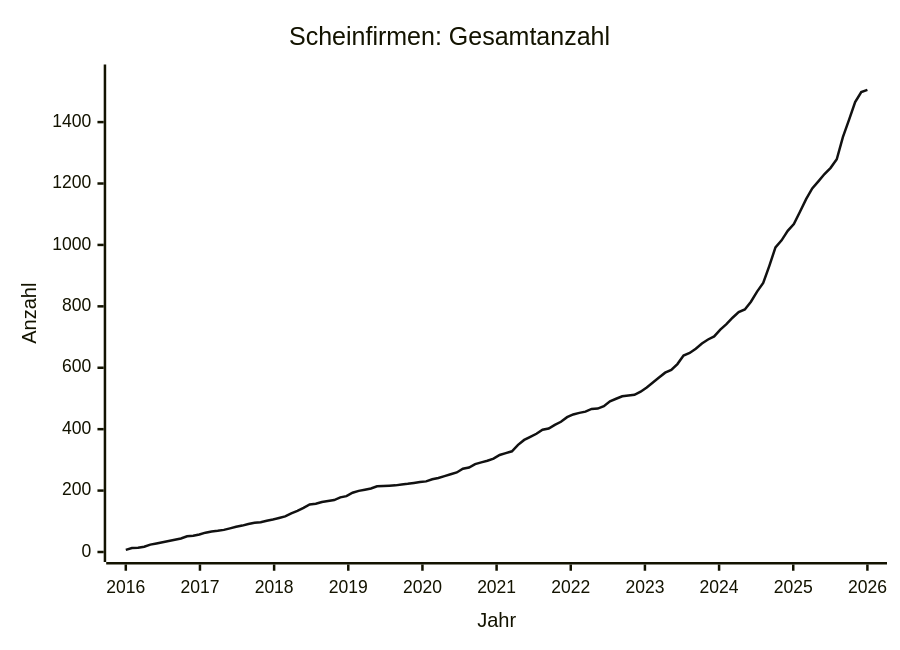
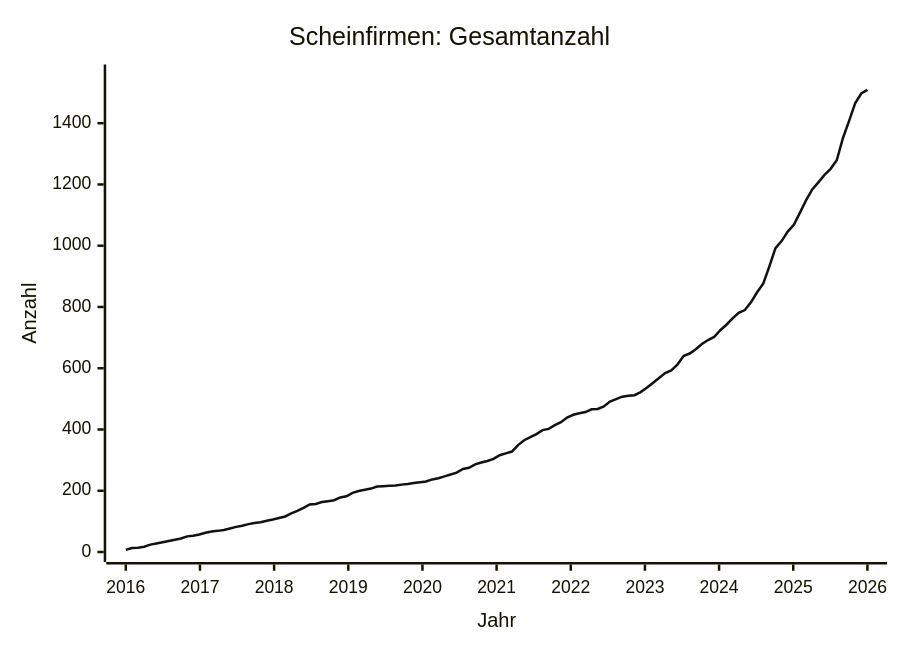
The diagram in data/STATS.md (arjoma/scheinfirmen-at), drawn with Mermaid before and after one commit. The commit also changed other lines of this file and 3 other files, not shown here.

````diff
--- a/data/STATS.md
+++ b/data/STATS.md
@@ -9,13 +9,13 @@
 ```mermaid
 ---
 config:
   themeVariables:
     xyChart:
       plotColorPalette: "#111111"
 ---
 xychart-beta
     title "Scheinfirmen: Gesamtanzahl"
     x-axis "Jahr" 2016 --> 2026
-    y-axis "Anzahl" 0 --> 1555
-    line [7, 13, 14, 17, 24, 28, 32, 36, 40, 44, 51, 53, 57, 63, 67, 69, 72, 77, 82, 86, 91, 95, 97, 102, 106, 111, 116, 126, 134, 144, 155, 157, 163, 166, 169, 178, 182, 193, 199, 203, 207, 214, 215, 216, 217, 220, 222, 225, 228, 230, 237, 241, 247, 253, 259, 271, 275, 286, 292, 297, 304, 316, 322, 328, 349, 365, 375, 385, 398, 402, 414, 424, 439, 448, 453, 457, 466, 467, 475, 491, 499, 507, 510, 512, 522, 536, 552, 568, 584, 593, 612, 640, 648, 662, 679, 692, 702, 724, 742, 763, 781, 790, 815, 848, 876, 932, 992, 1015, 1046, 1068, 1108, 1149, 1184, 1207, 1231, 1251, 1279, 1351, 1407, 1465, 1498, 1505]
+    y-axis "Anzahl" 0 --> 1559
+    line [7, 13, 14, 17, 24, 28, 32, 36, 40, 44, 51, 53, 57, 63, 67, 69, 72, 77, 82, 86, 91, 95, 97, 102, 106, 111, 116, 126, 134, 144, 155, 157, 163, 166, 169, 178, 182, 193, 199, 203, 207, 214, 215, 216, 217, 220, 222, 225, 228, 230, 237, 241, 247, 253, 259, 271, 275, 286, 292, 297, 304, 316, 322, 328, 349, 365, 375, 385, 398, 402, 414, 424, 439, 448, 453, 457, 466, 467, 475, 491, 499, 507, 510, 512, 522, 536, 552, 568, 584, 593, 612, 640, 648, 662, 679, 692, 702, 724, 742, 763, 781, 790, 815, 848, 876, 932, 992, 1015, 1046, 1068, 1108, 1149, 1184, 1207, 1231, 1251, 1279, 1351, 1407, 1465, 1497, 1509]
 ```
````
